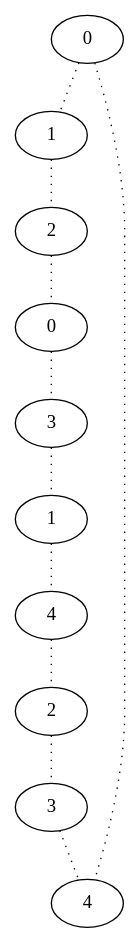
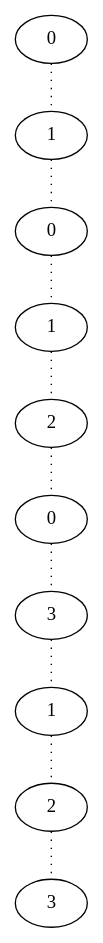
Before and after one commit to d1laj/Stage-M2: the diagram in TestPathsv1/result/10.dot, drawn with Graphviz. The commit also changed 169 other files, not shown here.

```diff
--- a/TestPathsv1/result/10.dot
+++ b/TestPathsv1/result/10.dot
@@ -1,22 +1,21 @@
 graph {
 a[label=0]
 b[label=1]
-c[label=2]
-d[label=0]
-e[label=3]
-f[label=1]
-g[label=4]
-h[label=2]
-i[label=3]
-j[label=4]
+c[label=0]
+d[label=1]
+e[label=2]
+f[label=0]
+g[label=3]
+h[label=1]
+i[label=2]
+j[label=3]
 a -- b [style=dotted];
 b -- c [style=dotted];
 c -- d [style=dotted];
 d -- e [style=dotted];
 e -- f [style=dotted];
 f -- g [style=dotted];
 g -- h [style=dotted];
 h -- i [style=dotted];
 i -- j [style=dotted];
-a -- j [style=dotted];
 }
```
